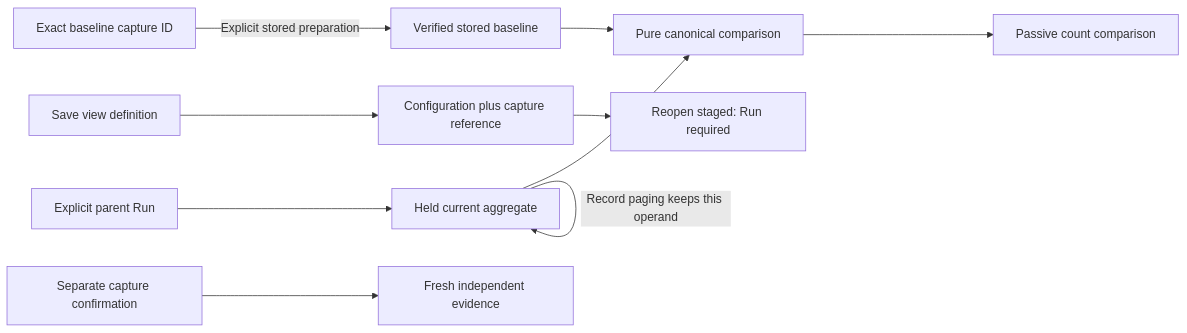
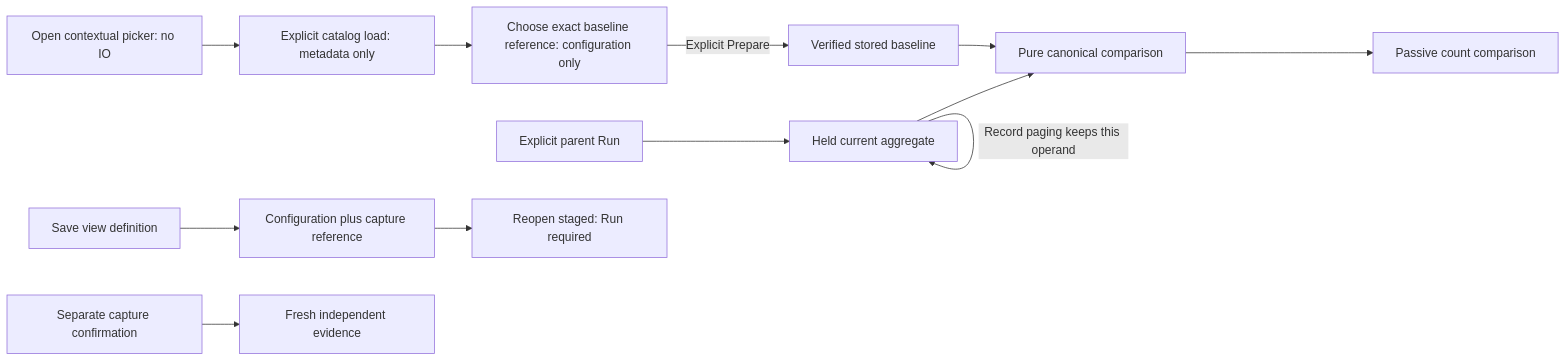
The diagram in docs/CAPTURED_COUNT_COMPARISON.md (casselc/goo), drawn with Mermaid before and after one commit. The commit also changed other lines of this file and 29 other files, not shown here.

Commit message:
Make captured-baseline comparison contextual

````diff
--- a/docs/CAPTURED_COUNT_COMPARISON.md
+++ b/docs/CAPTURED_COUNT_COMPARISON.md
@@ -63,12 +82,14 @@
 ```mermaid
 flowchart LR
   Q[Explicit parent Run] --> H[Held current aggregate]
-  C[Exact baseline capture ID] -->|Explicit stored preparation| B[Verified stored baseline]
+  O[Open contextual picker: no IO] --> M[Explicit catalog load: metadata only]
+  M --> C[Choose exact baseline reference: configuration only]
+  C -->|Explicit Prepare| B[Verified stored baseline]
   H --> P[Pure canonical comparison]
   B --> P
   P --> D[Passive count comparison]
   H -->|Record paging keeps this operand| H
   V[Save view definition] --> R[Configuration plus capture reference]
   R --> S[Reopen staged: Run required]
   E[Separate capture confirmation] --> F[Fresh independent evidence]
 ```
````
